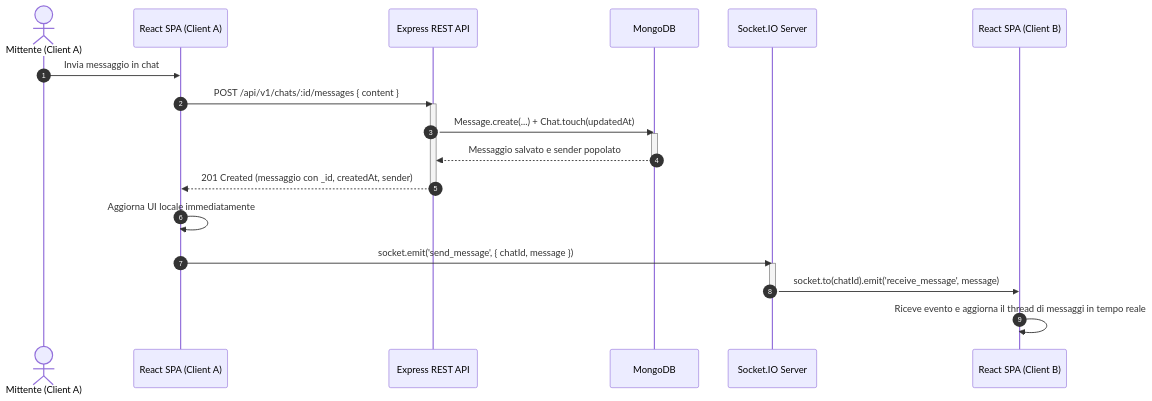
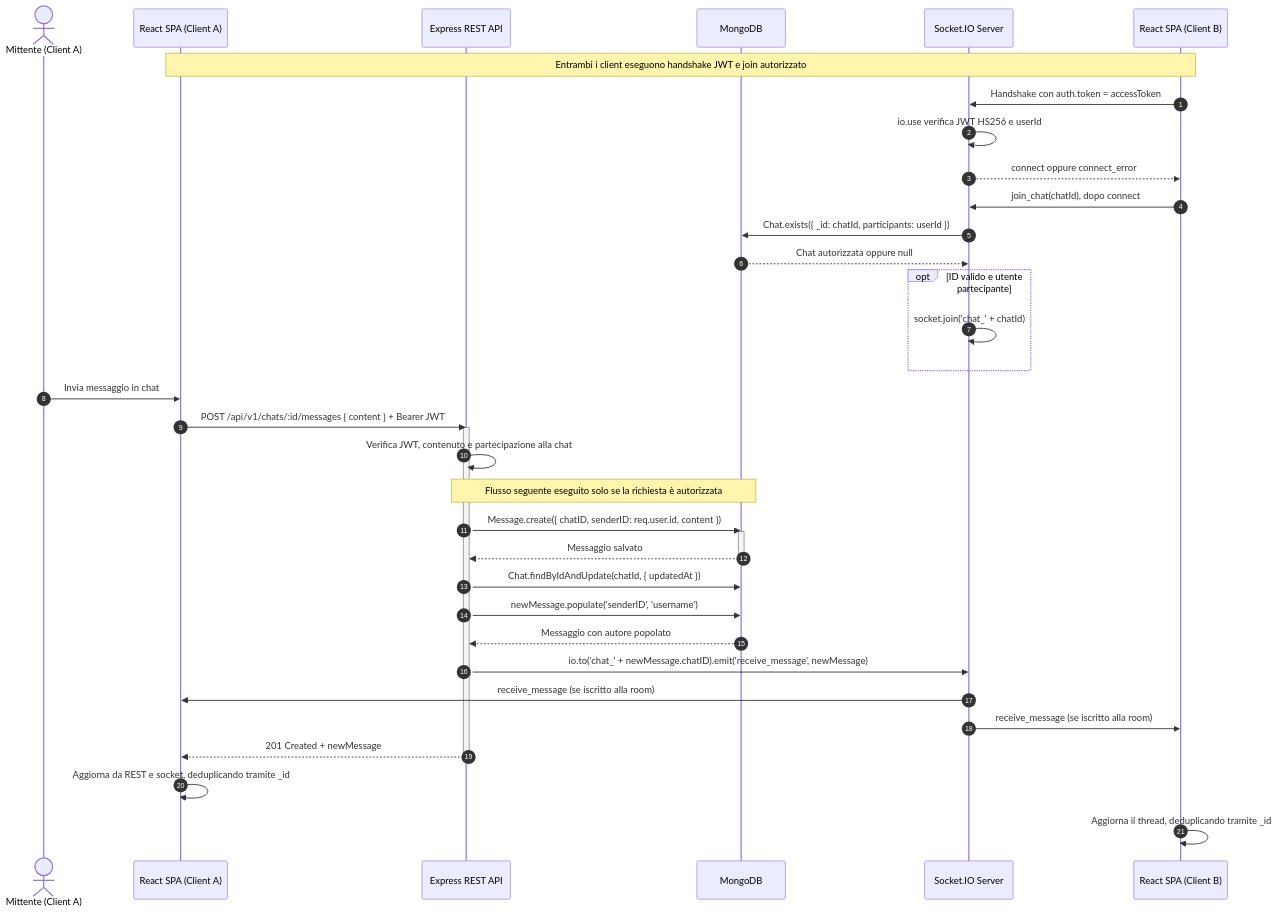
The fifth of 5 diagrams in README.md (LucaValenz/JamPulse), drawn with Mermaid before and after one commit. The commit also changed other lines of this file and 22 other files, not shown here.

First line of the commit message:
Aggiorna documentazione tecnica e diagrammi

````diff
--- a/README.md
+++ b/README.md
@@ -378,27 +345,41 @@
 ```mermaid
 sequenceDiagram
     autonumber
     actor Mittente as Mittente (Client A)
     participant FE1 as React SPA (Client A)
     participant BE as Express REST API
     participant DB as MongoDB
     participant SocketGateway as Socket.IO Server
     participant FE2 as React SPA (Client B)
 
+    Note over FE1,FE2: Entrambi i client eseguono handshake JWT e join autorizzato
+    FE2 ->> SocketGateway: Handshake con auth.token = accessToken
+    SocketGateway ->> SocketGateway: io.use verifica JWT HS256 e userId
+    SocketGateway -->> FE2: connect oppure connect_error
+    FE2 ->> SocketGateway: join_chat(chatId), dopo connect
+    SocketGateway ->> DB: Chat.exists({ _id: chatId, participants: userId })
+    DB -->> SocketGateway: Chat autorizzata oppure null
+    opt ID valido e utente partecipante
+        SocketGateway ->> SocketGateway: socket.join('chat_' + chatId)
+    end
+
     Mittente ->> FE1: Invia messaggio in chat
-    FE1 ->> BE: POST /api/v1/chats/:id/messages { content }
+    FE1 ->> BE: POST /api/v1/chats/:id/messages { content } + Bearer JWT
     activate BE
-    BE ->> DB: Message.create(...) + Chat.touch(updatedAt)
+    BE ->> BE: Verifica JWT, contenuto e partecipazione alla chat
+    Note over BE,DB: Flusso seguente eseguito solo se la richiesta è autorizzata
+    BE ->> DB: Message.create({ chatID, senderID: req.user.id, content })
     activate DB
-    DB -->> BE: Messaggio salvato e sender popolato
+    DB -->> BE: Messaggio salvato
     deactivate DB
-    BE -->> FE1: 201 Created (messaggio con _id, createdAt, sender)
+    BE ->> DB: Chat.findByIdAndUpdate(chatId, { updatedAt })
+    BE ->> DB: newMessage.populate('senderID', 'username')
+    DB -->> BE: Messaggio con autore popolato
+    BE ->> SocketGateway: io.to('chat_' + newMessage.chatID).emit('receive_message', newMessage)
+    SocketGateway ->> FE1: receive_message (se iscritto alla room)
+    SocketGateway ->> FE2: receive_message (se iscritto alla room)
+    BE -->> FE1: 201 Created + newMessage
     deactivate BE
-
-    FE1 ->> FE1: Aggiorna UI locale immediatamente
-    FE1 ->> SocketGateway: socket.emit('send_message', { chatId, message })
-    activate SocketGateway
-    SocketGateway ->> FE2: socket.to(chatId).emit('receive_message', message)
-    deactivate SocketGateway
-    FE2 ->> FE2: Riceve evento e aggiorna il thread di messaggi in tempo reale
+    FE1 ->> FE1: Aggiorna da REST e socket, deduplicando tramite _id
+    FE2 ->> FE2: Aggiorna il thread, deduplicando tramite _id
 ```
````
